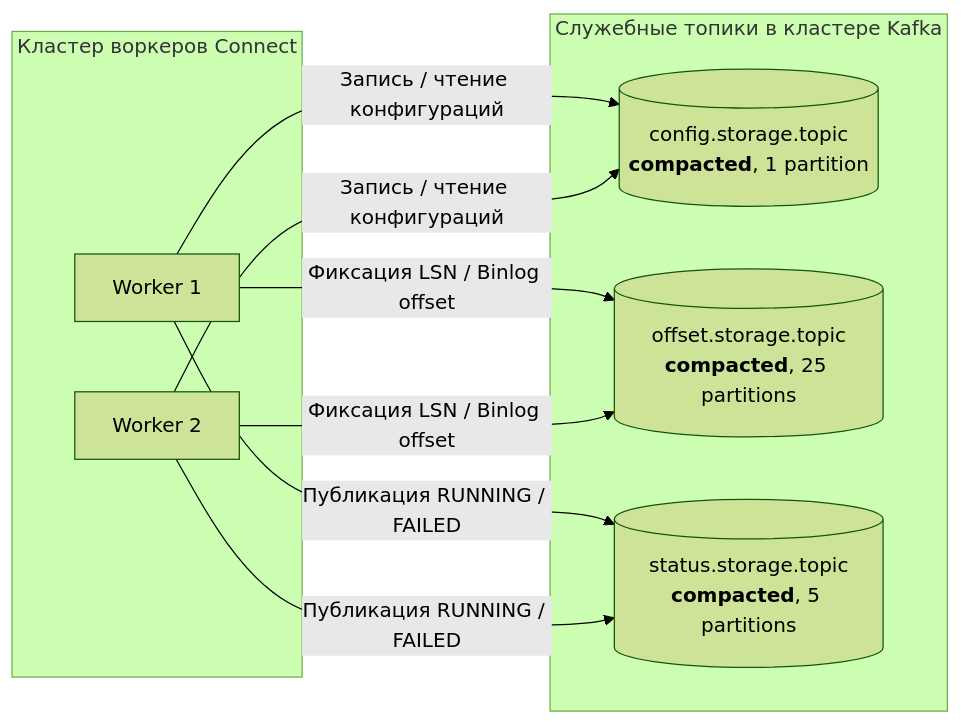
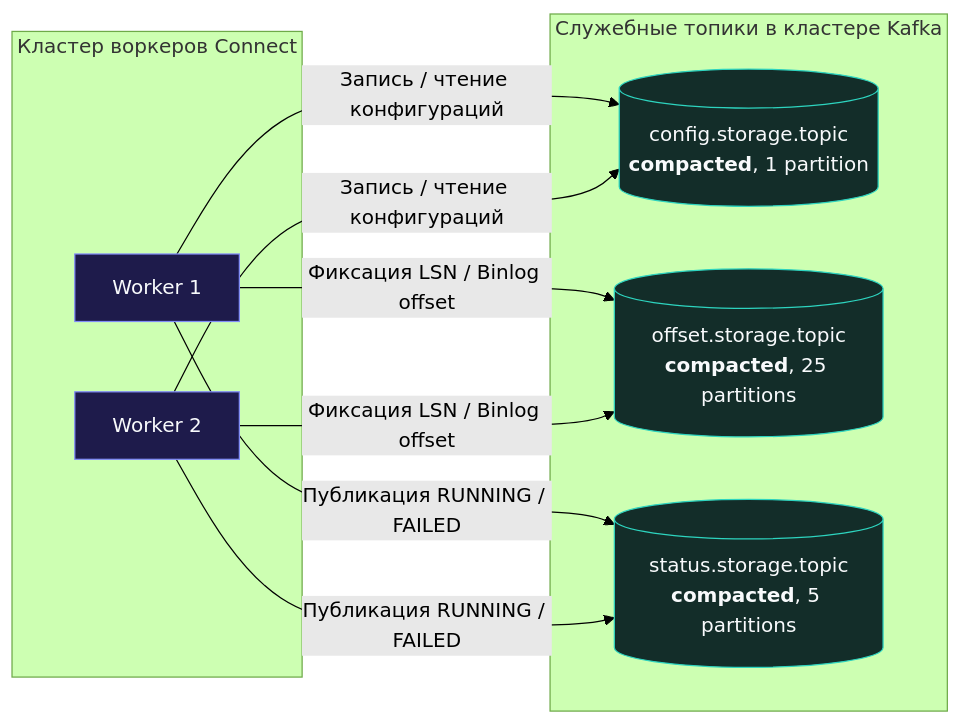
Before and after one commit to UnrealTemplier/go-textbook: the second of 3 diagrams in sources/13. Очереди, брокеры сообщений и оркестраторы/03. Kafka/10. Kafka Connect.md, drawn with Mermaid (forest theme). The commit also changed other lines of this file and 1666 other files, not shown here.

First line of the commit message:
feat(mermaid): add semantic color classDef to 1369 colorless flowchart/graph diagrams

````diff
--- a/sources/13. Очереди, брокеры сообщений и оркестраторы/03. Kafka/10. Kafka Connect.md
+++ b/sources/13. Очереди, брокеры сообщений и оркестраторы/03. Kafka/10. Kafka Connect.md
@@ -93,17 +103,27 @@
 ```mermaid
 flowchart LR
+    classDef process  fill:#1e293b,stroke:#38bdf8,stroke-width:1px,color:#f8fafc
+    classDef success  fill:#064e3b,stroke:#34d399,stroke-width:1px,color:#f8fafc
+    classDef error    fill:#7f1d1d,stroke:#f87171,stroke-width:1px,color:#f8fafc
+    classDef warning  fill:#78350f,stroke:#fbbf24,stroke-width:1px,color:#f8fafc
+    classDef entry    fill:#1e3a5f,stroke:#38bdf8,stroke-width:2px,color:#f8fafc
+    classDef aux      fill:#334155,stroke:#64748b,stroke-width:1px,color:#f8fafc
+    classDef system   fill:#312e81,stroke:#a78bfa,stroke-width:1px,color:#f8fafc
+    classDef data     fill:#132d29,stroke:#2dd4bf,stroke-width:1px,color:#f8fafc
+    classDef network  fill:#881337,stroke:#fb7185,stroke-width:1px,color:#f8fafc
+    classDef accent   fill:#1e1b4b,stroke:#818cf8,stroke-width:1px,color:#f8fafc
     subgraph Workers["Кластер воркеров Connect"]
-        W1["Worker 1"]
-        W2["Worker 2"]
+        W1["Worker 1"]:::accent
+        W2["Worker 2"]:::accent
     end
 
     subgraph InternalTopics["Служебные топики в кластере Kafka"]
-        CT[("config.storage.topic<br><b>compacted</b>, 1 partition")]
-        OT[("offset.storage.topic<br><b>compacted</b>, 25 partitions")]
-        ST[("status.storage.topic<br><b>compacted</b>, 5 partitions")]
+        CT[("config.storage.topic<br><b>compacted</b>, 1 partition")]:::data
+        OT[("offset.storage.topic<br><b>compacted</b>, 25 partitions")]:::data
+        ST[("status.storage.topic<br><b>compacted</b>, 5 partitions")]:::data
     end
 
     W1 & W2 -->|"Запись / чтение конфигураций"| CT
     W1 & W2 -->|"Фиксация LSN / Binlog offset"| OT
     W1 & W2 -->|"Публикация RUNNING / FAILED"| ST
 ```
````
